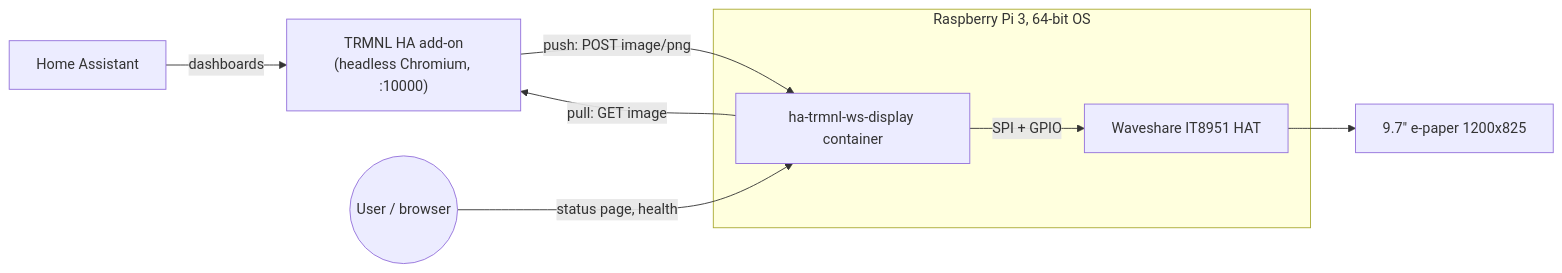
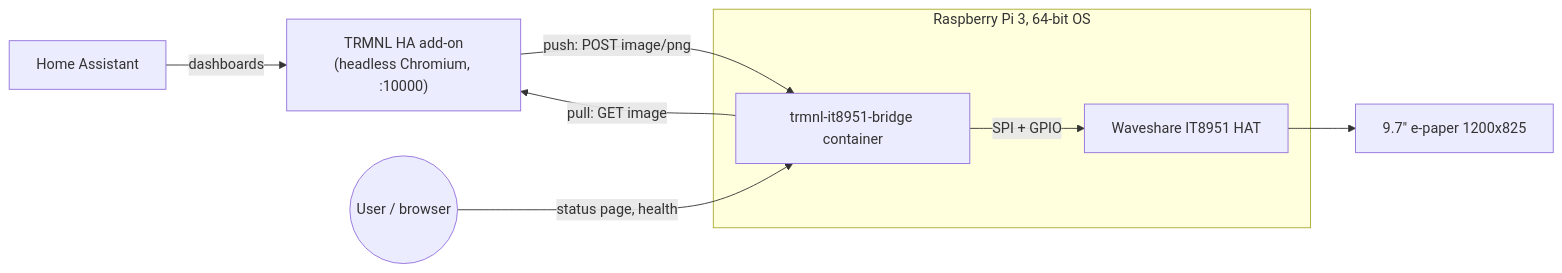
One commit to stefans22/trmnl-it8951-bridge changed the diagram in docs/requirements.md. Above: the diagram before and after it, drawn with Mermaid. The commit also changed 39 other files, not shown here.

First line of the commit message:
Rename project to trmnl-it8951-bridge

````diff
--- a/docs/requirements.md
+++ b/docs/requirements.md
@@ -13,12 +13,12 @@
 ```mermaid
 flowchart LR
     HA[Home Assistant] -->|dashboards| ADDON["TRMNL HA add-on<br/>(headless Chromium, :10000)"]
     ADDON -->|"push: POST image/png"| SVC
     SVC -->|"pull: GET image"| ADDON
     subgraph PI[Raspberry Pi 3, 64-bit OS]
-        SVC[ha-trmnl-ws-display container]
+        SVC[trmnl-it8951-bridge container]
         SVC -->|"SPI + GPIO"| HAT[Waveshare IT8951 HAT]
     end
     HAT --> PANEL[9.7&quot; e-paper 1200x825]
     USER((User / browser)) -->|status page, health| SVC
 ```
````
